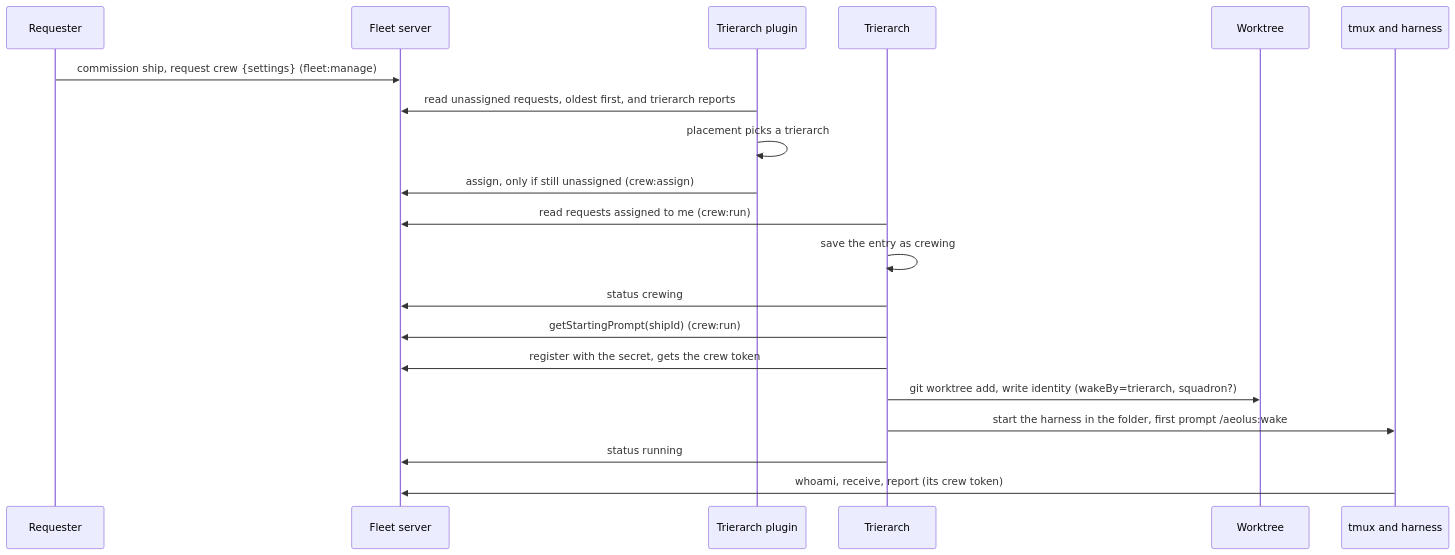
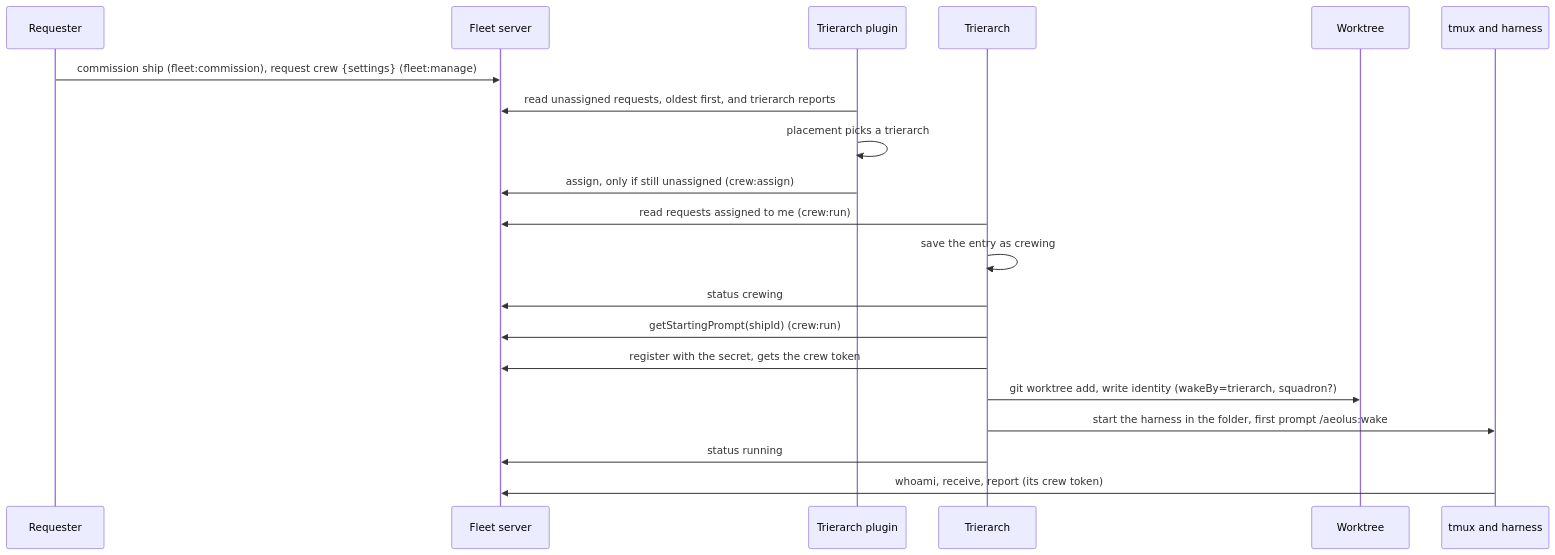
Before and after one commit to ThomasHendrickx/aeolus-fleet: the third of 6 diagrams in docs/architecture.md, drawn with Mermaid. The commit also changed other lines of this file and 2 other files, not shown here.

First line of the commit message:
docs: the scope catalogue, commission, resend and manage reach in the architecture

````diff
--- a/docs/architecture.md
+++ b/docs/architecture.md
@@ -281,22 +281,22 @@
 ```mermaid
 sequenceDiagram
   participant R as Requester
   participant F as Fleet server
   participant P as Trierarch plugin
   participant T as Trierarch
   participant W as Worktree
   participant X as tmux and harness
-  R->>F: commission ship, request crew {settings} (fleet:manage)
+  R->>F: commission ship (fleet:commission), request crew {settings} (fleet:manage)
   P->>F: read unassigned requests, oldest first, and trierarch reports
   P->>P: placement picks a trierarch
   P->>F: assign, only if still unassigned (crew:assign)
   T->>F: read requests assigned to me (crew:run)
   T->>T: save the entry as crewing
   T->>F: status crewing
   T->>F: getStartingPrompt(shipId) (crew:run)
   T->>F: register with the secret, gets the crew token
   T->>W: git worktree add, write identity (wakeBy=trierarch, squadron?)
   T->>X: start the harness in the folder, first prompt /aeolus:wake
   T->>F: status running
   X->>F: whoami, receive, report (its crew token)
 ```
````
